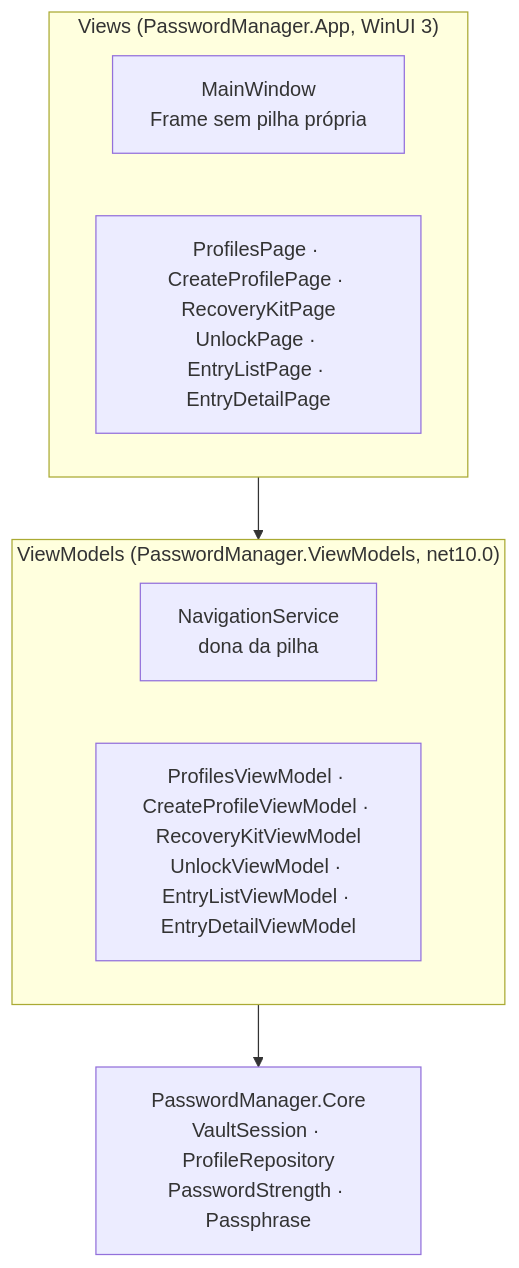
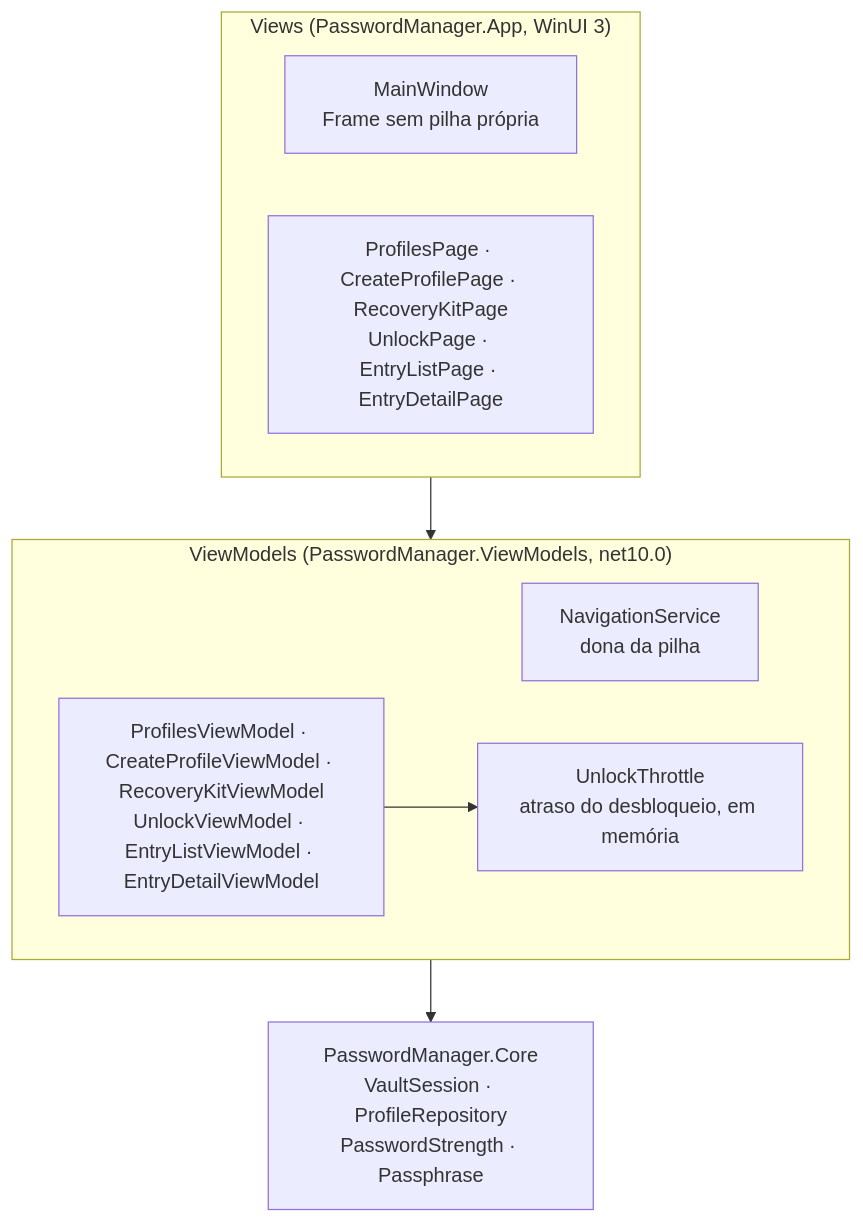
One commit to lucas-llb/passwordManagement changed the sixth of 7 diagrams in docs/architecture.md. Above: the diagram before and after it, drawn with Mermaid. The commit also changed other lines of this file and 29 other files, not shown here.

````diff
--- a/docs/architecture.md
+++ b/docs/architecture.md
@@ -298,13 +338,15 @@
 ```mermaid
 flowchart TB
     subgraph Views["Views (PasswordManager.App, WinUI 3)"]
         MW["MainWindow<br/>Frame sem pilha própria"]
         PG["ProfilesPage · CreateProfilePage · RecoveryKitPage<br/>UnlockPage · EntryListPage · EntryDetailPage"]
     end
     subgraph VMs["ViewModels (PasswordManager.ViewModels, net10.0)"]
         NS["NavigationService<br/>dona da pilha"]
         VM["ProfilesViewModel · CreateProfileViewModel · RecoveryKitViewModel<br/>UnlockViewModel · EntryListViewModel · EntryDetailViewModel"]
+        UT["UnlockThrottle<br/>atraso do desbloqueio, em memória"]
+        VM --> UT
     end
     CORE["PasswordManager.Core<br/>VaultSession · ProfileRepository<br/>PasswordStrength · Passphrase"]
     Views --> VMs --> CORE
 ```
````
